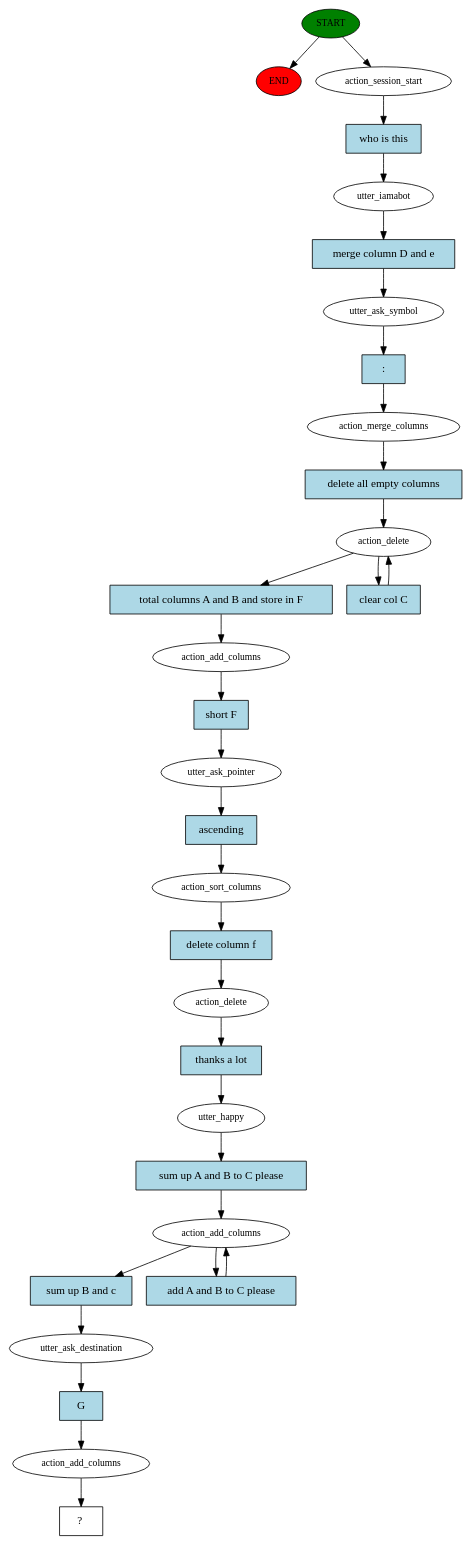
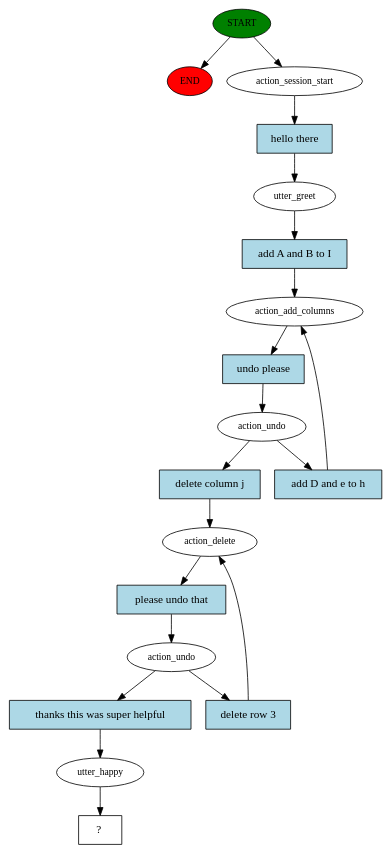
Before and after one commit to killerB97/Excelency: the diagram in story_graph.dot, drawn with Graphviz. The commit also changed 9 other files, not shown here.

```diff
--- a/story_graph.dot
+++ b/story_graph.dot
@@ -1,63 +1,39 @@
 digraph  {
 0 [class="start active", fillcolor=green, fontsize=12, label=START, style=filled];
 "-1" [class=end, fillcolor=red, fontsize=12, label=END, style=filled];
 1 [class=active, fontsize=12, label=action_session_start];
-2 [class=active, fontsize=12, label=utter_iamabot];
-3 [class=active, fontsize=12, label=utter_ask_symbol];
-4 [class=active, fontsize=12, label=action_merge_columns];
-5 [class=active, fontsize=12, label=action_delete];
-7 [class=active, fontsize=12, label=action_add_columns];
-8 [class=active, fontsize=12, label=utter_ask_pointer];
-9 [class=active, fontsize=12, label=action_sort_columns];
-10 [class=active, fontsize=12, label=action_delete];
-11 [class=active, fontsize=12, label=utter_happy];
-12 [class=active, fontsize=12, label=action_add_columns];
-14 [class=active, fontsize=12, label=utter_ask_destination];
-15 [class=active, fontsize=12, label=action_add_columns];
-16 [class="intent dashed active", label="  ?  ", shape=rect];
-17 [class="intent active", fillcolor=lightblue, label="who is this", shape=rect, style=filled];
-18 [class="intent active", fillcolor=lightblue, label="merge column D and e", shape=rect, style=filled];
-19 [class="intent active", fillcolor=lightblue, label=":", shape=rect, style=filled];
-20 [class="intent active", fillcolor=lightblue, label="delete all empty columns", shape=rect, style=filled];
-21 [class="intent active", fillcolor=lightblue, label="total columns A and B and store in F", shape=rect, style=filled];
-22 [class="intent active", fillcolor=lightblue, label="clear col C", shape=rect, style=filled];
-23 [class="intent active", fillcolor=lightblue, label="short F", shape=rect, style=filled];
-24 [class="intent active", fillcolor=lightblue, label=ascending, shape=rect, style=filled];
-25 [class="intent active", fillcolor=lightblue, label="delete column f", shape=rect, style=filled];
-26 [class="intent active", fillcolor=lightblue, label="thanks a lot", shape=rect, style=filled];
-27 [class="intent active", fillcolor=lightblue, label="sum up A and B to C please", shape=rect, style=filled];
-28 [class="intent active", fillcolor=lightblue, label="sum up B and c", shape=rect, style=filled];
-29 [class="intent active", fillcolor=lightblue, label="add A and B to C please", shape=rect, style=filled];
-30 [class="intent active", fillcolor=lightblue, label=G, shape=rect, style=filled];
+2 [class=active, fontsize=12, label=utter_greet];
+3 [class=active, fontsize=12, label=action_add_columns];
+4 [class=active, fontsize=12, label=action_undo];
+9 [class=active, fontsize=12, label=action_delete];
+10 [class=active, fontsize=12, label=action_undo];
+13 [class=active, fontsize=12, label=utter_happy];
+14 [class="intent dashed active", label="  ?  ", shape=rect];
+15 [class="intent active", fillcolor=lightblue, label="hello there", shape=rect, style=filled];
+16 [class="intent active", fillcolor=lightblue, label="add A and B to I", shape=rect, style=filled];
+17 [class="intent active", fillcolor=lightblue, label="undo please", shape=rect, style=filled];
+18 [class="intent active", fillcolor=lightblue, label="add D and e to h", shape=rect, style=filled];
+19 [class="intent active", fillcolor=lightblue, label="delete column j", shape=rect, style=filled];
+20 [class="intent active", fillcolor=lightblue, label="please undo that", shape=rect, style=filled];
+21 [class="intent active", fillcolor=lightblue, label="delete row 3", shape=rect, style=filled];
+22 [class="intent active", fillcolor=lightblue, label="thanks this was super helpful", shape=rect, style=filled];
 0 -> "-1"  [class="", key=NONE, label=""];
 0 -> 1  [class=active, key=NONE, label=""];
-1 -> 17  [class=active, key=0];
-2 -> 18  [class=active, key=0];
-3 -> 19  [class=active, key=0];
-4 -> 20  [class=active, key=0];
-5 -> 21  [class=active, key=0];
-5 -> 22  [class=active, key=0];
-7 -> 23  [class=active, key=0];
-8 -> 24  [class=active, key=0];
-9 -> 25  [class=active, key=0];
-10 -> 26  [class=active, key=0];
-11 -> 27  [class=active, key=0];
-12 -> 28  [class=active, key=0];
-12 -> 29  [class=active, key=0];
-14 -> 30  [class=active, key=0];
-15 -> 16  [class=active, key=NONE, label=""];
-17 -> 2  [class=active, key=0];
+1 -> 15  [class=active, key=0];
+2 -> 16  [class=active, key=0];
+3 -> 17  [class=active, key=0];
+4 -> 18  [class=active, key=0];
+4 -> 19  [class=active, key=0];
+9 -> 20  [class=active, key=0];
+10 -> 21  [class=active, key=0];
+10 -> 22  [class=active, key=0];
+13 -> 14  [class=active, key=NONE, label=""];
+15 -> 2  [class=active, key=0];
+16 -> 3  [class=active, key=0];
+17 -> 4  [class=active, key=0];
 18 -> 3  [class=active, key=0];
-19 -> 4  [class=active, key=0];
-20 -> 5  [class=active, key=0];
-21 -> 7  [class=active, key=0];
-22 -> 5  [class=active, key=0];
-23 -> 8  [class=active, key=0];
-24 -> 9  [class=active, key=0];
-25 -> 10  [class=active, key=0];
-26 -> 11  [class=active, key=0];
-27 -> 12  [class=active, key=0];
-28 -> 14  [class=active, key=0];
-29 -> 12  [class=active, key=0];
-30 -> 15  [class=active, key=0];
+19 -> 9  [class=active, key=0];
+20 -> 10  [class=active, key=0];
+21 -> 9  [class=active, key=0];
+22 -> 13  [class=active, key=0];
 }
```
